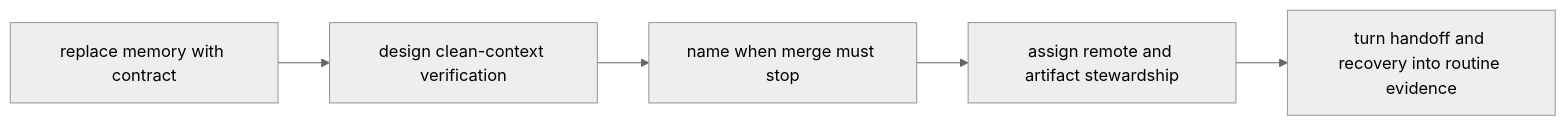
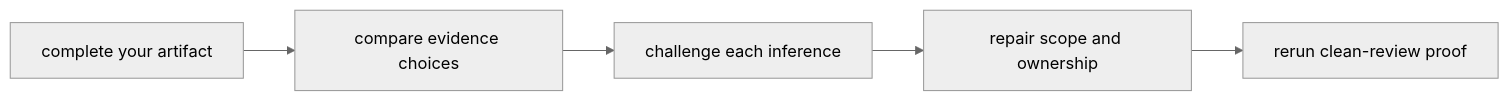
One commit to bijux/bijux-masterclass changed the second of 3 diagrams in programs/reproducible-research/deep-dive-dvc/course-book/module-07-collaboration-ci-social-contracts/exercise-answers.md. Above: the diagram before and after it, drawn with Mermaid (neutral theme). The commit also changed other lines of this file, not shown here.

Commit message:
docs(dvc): teach reviewer handoff answer reasoning

````diff
--- a/programs/reproducible-research/deep-dive-dvc/course-book/module-07-collaboration-ci-social-contracts/exercise-answers.md
+++ b/programs/reproducible-research/deep-dive-dvc/course-book/module-07-collaboration-ci-social-contracts/exercise-answers.md
@@ -19,7 +18,7 @@
 ```mermaid
 flowchart LR
-  memory["replace memory with contract"] --> ci["design clean-context verification"]
-  ci --> block["name when merge must stop"]
-  block --> steward["assign remote and artifact stewardship"]
-  steward --> drill["turn handoff and recovery into routine evidence"]
+  attempt["complete your artifact"] --> compare["compare evidence choices"]
+  compare --> challenge["challenge each inference"]
+  challenge --> revise["repair scope and ownership"]
+  revise --> verify["rerun clean-review proof"]
 ```
````
